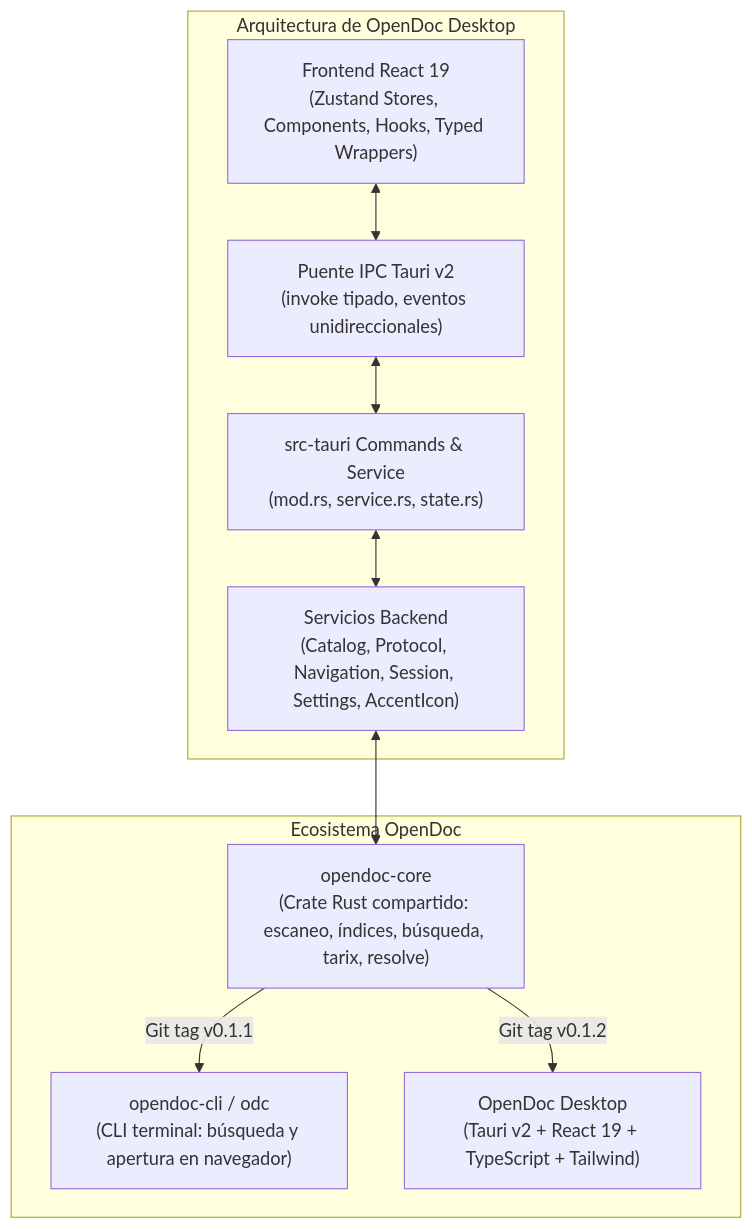
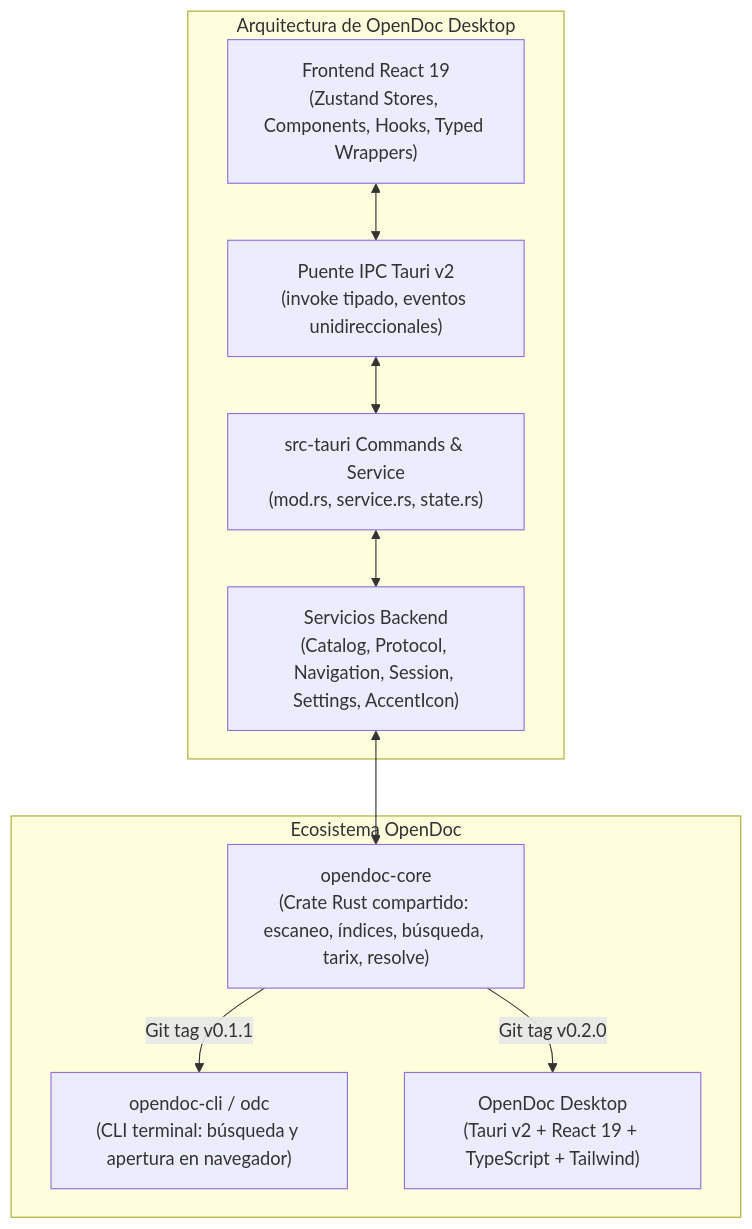
One commit to daidarzzz/opendoc changed the diagram in SPEC.md. Above: the diagram before and after it, drawn with Mermaid. The commit also changed other lines of this file and 45 other files, not shown here.

Commit message:
docs: document OpenDoc architecture and contribution workflow

````diff
--- a/SPEC.md
+++ b/SPEC.md
@@ -27,23 +27,23 @@
 ```mermaid
 graph TD
     subgraph Ecosistema OpenDoc
         CORE["opendoc-core<br/>(Crate Rust compartido: escaneo, índices, búsqueda, tarix, resolve)"]
         CLI["opendoc-cli / odc<br/>(CLI terminal: búsqueda y apertura en navegador)"]
         APP["OpenDoc Desktop<br/>(Tauri v2 + React 19 + TypeScript + Tailwind)"]
     end
 
     CORE -->|Git tag v0.1.1| CLI
-    CORE -->|Git tag v0.1.2| APP
+    CORE -->|Git tag v0.2.0| APP
 
     subgraph Arquitectura de OpenDoc Desktop
         FE["Frontend React 19<br/>(Zustand Stores, Components, Hooks, Typed Wrappers)"]
         TAURI_IPC["Puente IPC Tauri v2<br/>(invoke tipado, eventos unidireccionales)"]
         BE_CMD["src-tauri Commands & Service<br/>(mod.rs, service.rs, state.rs)"]
         BE_SRV["Servicios Backend<br/>(Catalog, Protocol, Navigation, Session, Settings, AccentIcon)"]
 
         FE <--> TAURI_IPC
         TAURI_IPC <--> BE_CMD
         BE_CMD <--> BE_SRV
         BE_SRV <--> CORE
     end
 ```
````
